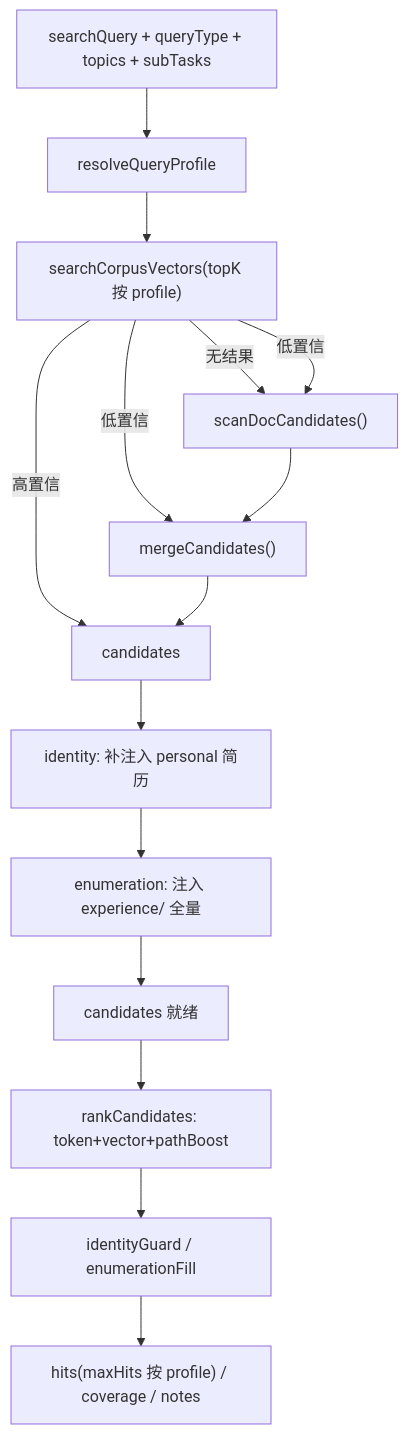
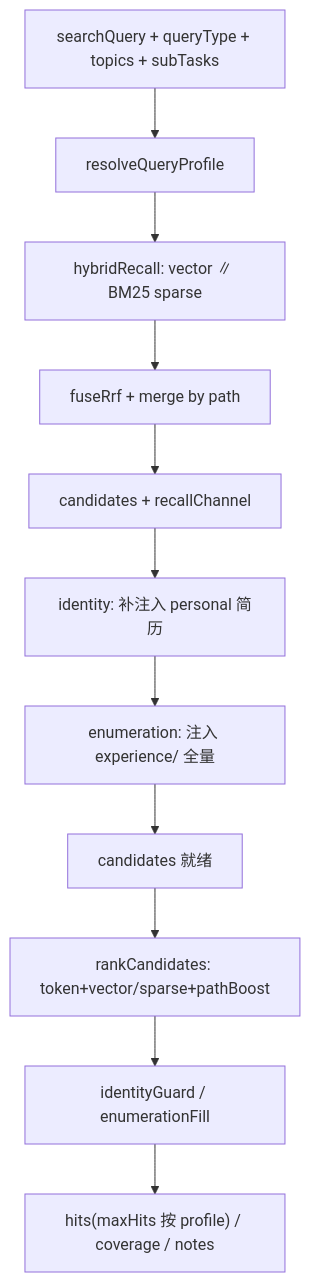
One commit to panzhanfei/fambrain-agents changed the fifth of 11 diagrams in docs/02-agent-flows.md. Above: the diagram before and after it, drawn with Mermaid. The commit also changed other lines of this file and 13 other files, not shown here.

First line of the commit message:
feat(km): HY-02～07 并行 Hybrid 召回与 RRF 融合接入主链

````diff
--- a/docs/02-agent-flows.md
+++ b/docs/02-agent-flows.md
@@ -158,17 +158,13 @@
 ```mermaid
 flowchart TD
   IN["searchQuery + queryType + topics + subTasks"] --> PROFILE["resolveQueryProfile"]
-  PROFILE --> VEC["searchCorpusVectors(topK 按 profile)"]
-  VEC -->|无结果| SCAN["scanDocCandidates()"]
-  VEC -->|低置信| SCAN
-  VEC -->|低置信| MERGE["mergeCandidates()"]
-  SCAN --> MERGE
-  VEC -->|高置信| RAW[candidates]
-  MERGE --> RAW
+  PROFILE --> HY["hybridRecall: vector ∥ BM25 sparse"]
+  HY --> RRF["fuseRrf + merge by path"]
+  RRF --> RAW[candidates + recallChannel]
   RAW --> IDINJ["identity: 补注入 personal 简历"]
   IDINJ --> ENUMINJ["enumeration: 注入 experience/ 全量"]
   ENUMINJ --> CAND[candidates 就绪]
-  CAND --> RULE["rankCandidates: token+vector+pathBoost"]
+  CAND --> RULE["rankCandidates: token+vector/sparse+pathBoost"]
   RULE --> GUARD["identityGuard / enumerationFill"]
   GUARD --> OUT["hits(maxHits 按 profile) / coverage / notes"]
 ```
````
